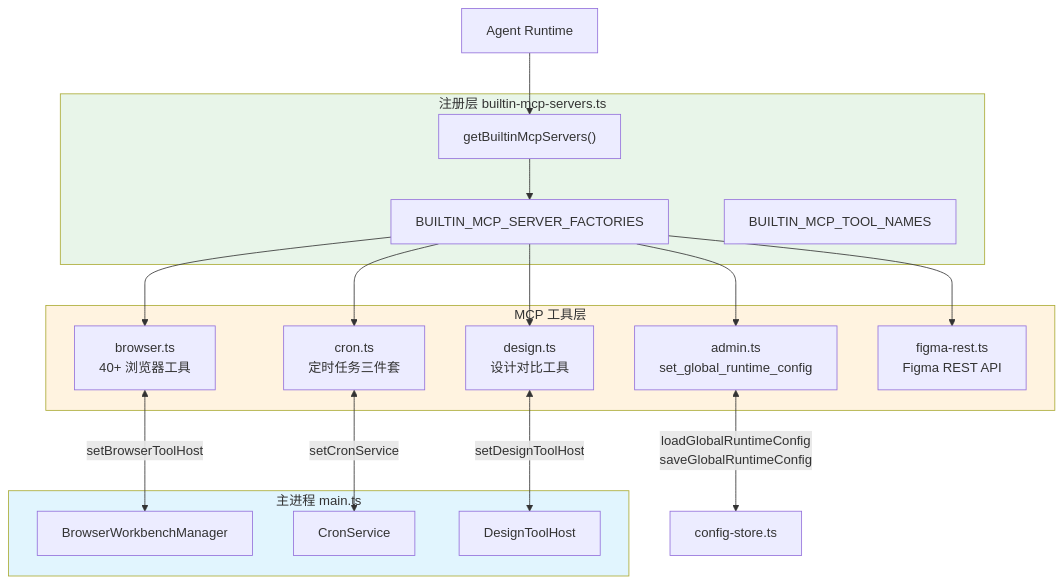
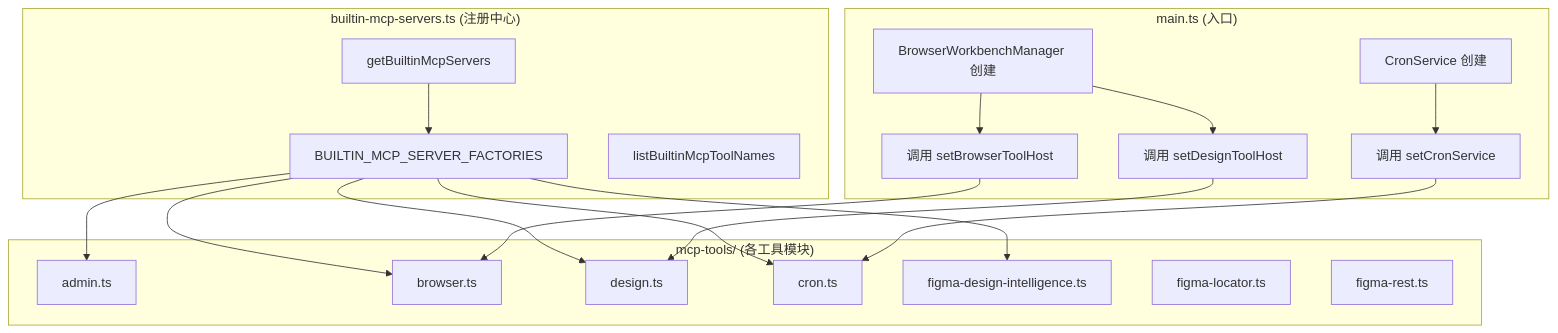
One commit to lst016/tech-cc-hub changed the first of 2 diagrams in .tech/repowiki/zh/content/核心模块规格/MCP 工具系统总览/MCP 工具系统总览.md. Above: the diagram before and after it, drawn with Mermaid. The commit also changed other lines of this file and 176 other files, not shown here.

````diff
--- a/.tech/repowiki/zh/content/核心模块规格/MCP 工具系统总览/MCP 工具系统总览.md
+++ b/.tech/repowiki/zh/content/核心模块规格/MCP 工具系统总览/MCP 工具系统总览.md
@@ -55,41 +46,39 @@
 ```mermaid
-flowchart TB
-    subgraph MainProcess["主进程 main.ts"]
-        BM["BrowserWorkbenchManager"]
-        CS["CronService"]
-        DS["DesignToolHost"]
+flowchart TD
+    subgraph main.ts["main.ts (入口)"]
+        A[BrowserWorkbenchManager 创建]
+        B[CronService 创建]
+        C[调用 setBrowserToolHost]
+        D[调用 setDesignToolHost]
+        E[调用 setCronService]
     end
 
-    subgraph ToolServer["MCP 工具层"]
-        Admin["admin.ts<br/>set_global_runtime_config"]
-        Browser["browser.ts<br/>40+ 浏览器工具"]
-        Cron["cron.ts<br/>定时任务三件套"]
-        Design["design.ts<br/>设计对比工具"]
-        Figma["figma-rest.ts<br/>Figma REST API"]
+    subgraph builtin-mcp-servers["builtin-mcp-servers.ts (注册中心)"]
+        F[getBuiltinMcpServers]
+        G[BUILTIN_MCP_SERVER_FACTORIES]
+        H[listBuiltinMcpToolNames]
     end
 
-    subgraph Registry["注册层 builtin-mcp-servers.ts"]
-        Factories["BUILTIN_MCP_SERVER_FACTORIES"]
-        Names["BUILTIN_MCP_TOOL_NAMES"]
-        GetServers["getBuiltinMcpServers()"]
+    subgraph mcp-tools["mcp-tools/ (各工具模块)"]
+        I[admin.ts]
+        J[browser.ts]
+        K[design.ts]
+        L[cron.ts]
+        M[figma-design-intelligence.ts]
+        N[figma-locator.ts]
+        O[figma-rest.ts]
     end
 
-    Agent["Agent Runtime"]
-
-    Agent --> GetServers
-    GetServers --> Factories
-    Factories --> Admin
-    Factories --> Browser
-    Factories --> Cron
-    Factories --> Design
-    Factories --> Figma
-
-    Admin <-->|loadGlobalRuntimeConfig<br/>saveGlobalRuntimeConfig| Config["config-store.ts"]
-    Browser <-->|setBrowserToolHost| BM
-    Cron <-->|setCronService| CS
-    Design <-->|setDesignToolHost| DS
-
-    style MainProcess fill:#e1f5fe
-    style ToolServer fill:#fff3e0
-    style Registry fill:#e8f5e9
+    A --> C
+    A --> D
+    B --> E
+    F --> G
+    G --> I
+    G --> J
+    G --> K
+    G --> L
+    G --> M
+    C --> J
+    D --> K
+    E --> L
 ```
````
